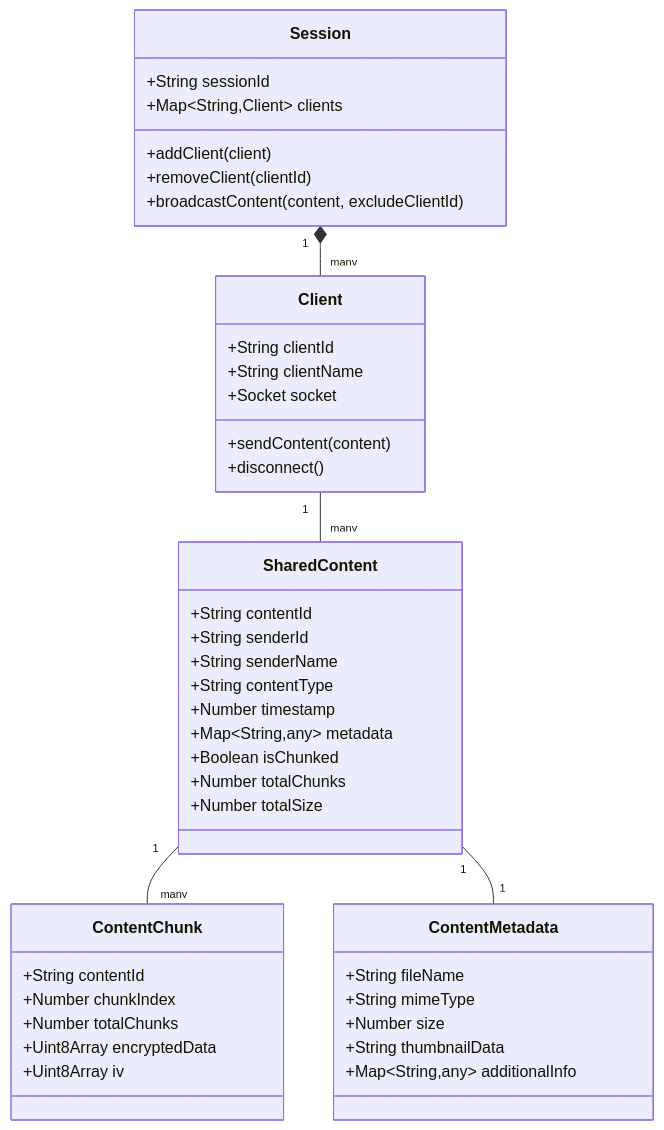
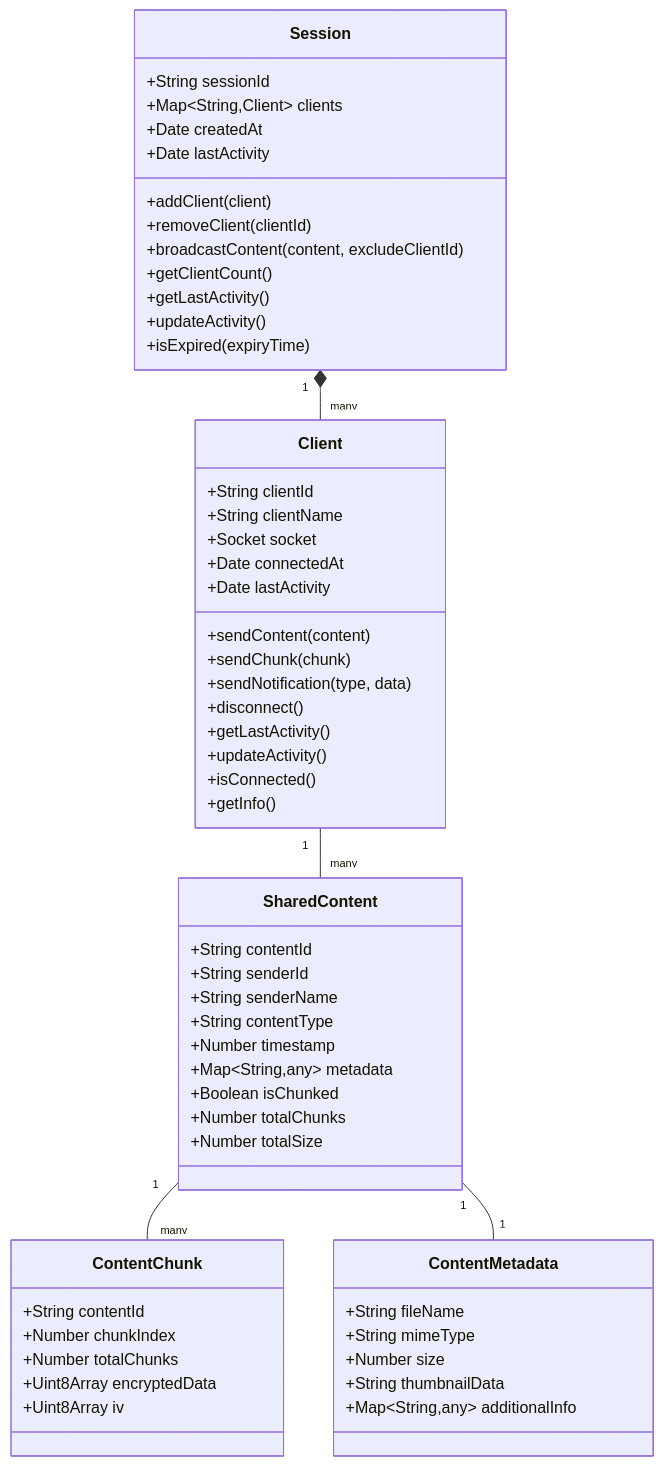
Before and after one commit to jsbattig/share-things: the diagram in memory-bank/architecture/data-model.md, drawn with Mermaid. The commit also changed other lines of this file and 7 other files, not shown here.

````diff
--- a/memory-bank/architecture/data-model.md
+++ b/memory-bank/architecture/data-model.md
@@ -9,51 +9,65 @@
 ```mermaid
 classDiagram
     class Session {
         +String sessionId
         +Map~String,Client~ clients
+        +Date createdAt
+        +Date lastActivity
         +addClient(client)
         +removeClient(clientId)
         +broadcastContent(content, excludeClientId)
+        +getClientCount()
+        +getLastActivity()
+        +updateActivity()
+        +isExpired(expiryTime)
     }
     
     class Client {
         +String clientId
         +String clientName
         +Socket socket
+        +Date connectedAt
+        +Date lastActivity
         +sendContent(content)
+        +sendChunk(chunk)
+        +sendNotification(type, data)
         +disconnect()
+        +getLastActivity()
+        +updateActivity()
+        +isConnected()
+        +getInfo()
     }
     
     class SharedContent {
         +String contentId
         +String senderId
         +String senderName
         +String contentType
         +Number timestamp
         +Map~String,any~ metadata
         +Boolean isChunked
         +Number totalChunks
         +Number totalSize
     }
     
     class ContentChunk {
         +String contentId
         +Number chunkIndex
         +Number totalChunks
         +Uint8Array encryptedData
         +Uint8Array iv
     }
     
     class ContentMetadata {
         +String fileName
         +String mimeType
         +Number size
         +String thumbnailData
         +Map~String,any~ additionalInfo
     }
     
     Session "1" *-- "many" Client
     Client "1" -- "many" SharedContent
     SharedContent "1" -- "many" ContentChunk
     SharedContent "1" -- "1" ContentMetadata
 ```
````
